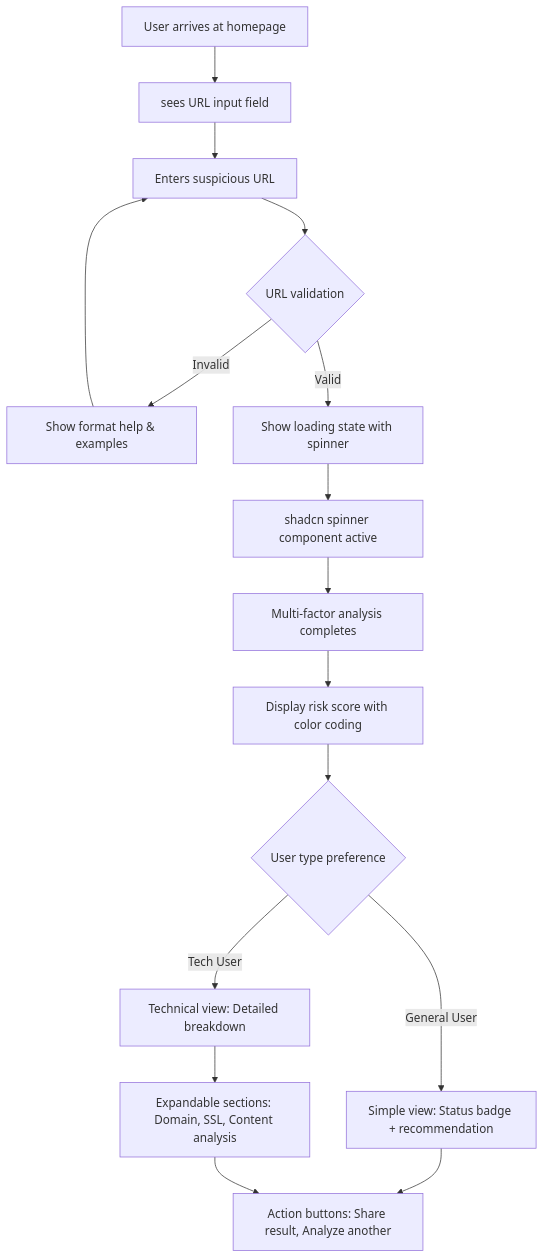
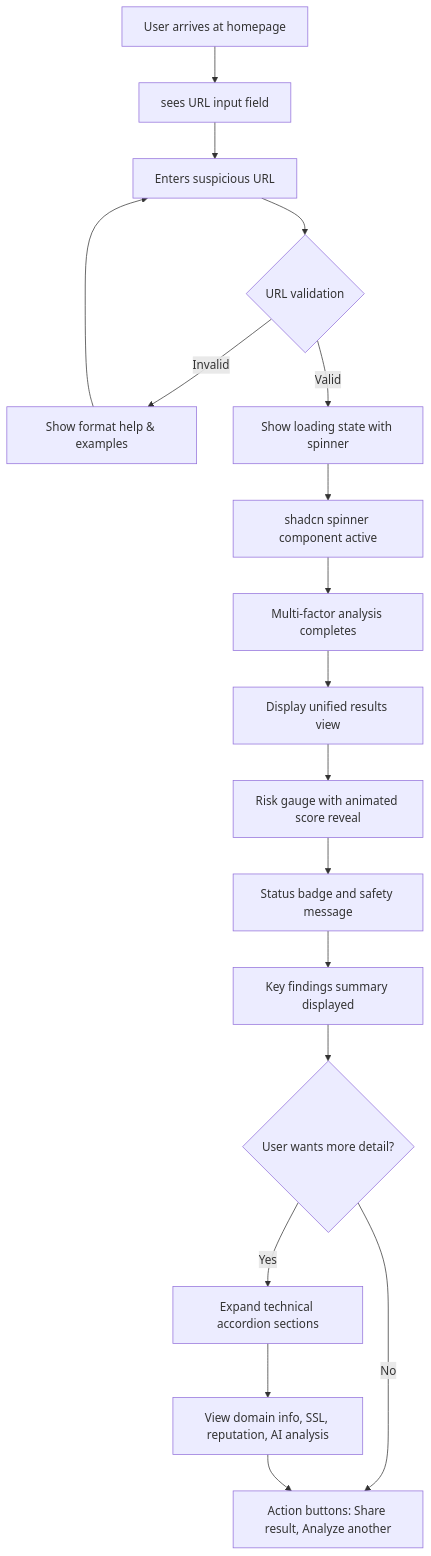
The second of 3 diagrams in docs/front-end-spec.md (danwashusen/scam-checker), drawn with Mermaid before and after one commit. The commit also changed other lines of this file and 4 other files, not shown here.

First line of the commit message:
docs: update architecture and workflow documentation

````diff
--- a/docs/front-end-spec.md
+++ b/docs/front-end-spec.md
@@ -97,18 +100,20 @@
 ```mermaid
 graph TD
     A[User arrives at homepage] --> B[sees URL input field]
     B --> C[Enters suspicious URL]
     C --> D{URL validation}
     D -->|Invalid| E[Show format help & examples]
     E --> C
     D -->|Valid| F[Show loading state with spinner]
     F --> G[shadcn spinner component active]
     G --> H[Multi-factor analysis completes]
-    H --> I[Display risk score with color coding]
-    I --> J{User type preference}
-    J -->|General User| K[Simple view: Status badge + recommendation]
-    J -->|Tech User| L[Technical view: Detailed breakdown]
-    K --> M[Action buttons: Share result, Analyze another]
-    L --> N[Expandable sections: Domain, SSL, Content analysis]
-    N --> M
+    H --> I[Display unified results view]
+    I --> J[Risk gauge with animated score reveal]
+    J --> K[Status badge and safety message]
+    K --> L[Key findings summary displayed]
+    L --> M{User wants more detail?}
+    M -->|Yes| N[Expand technical accordion sections]
+    M -->|No| O[Action buttons: Share result, Analyze another]
+    N --> P[View domain info, SSL, reputation, AI analysis]
+    P --> O
 ```
````
